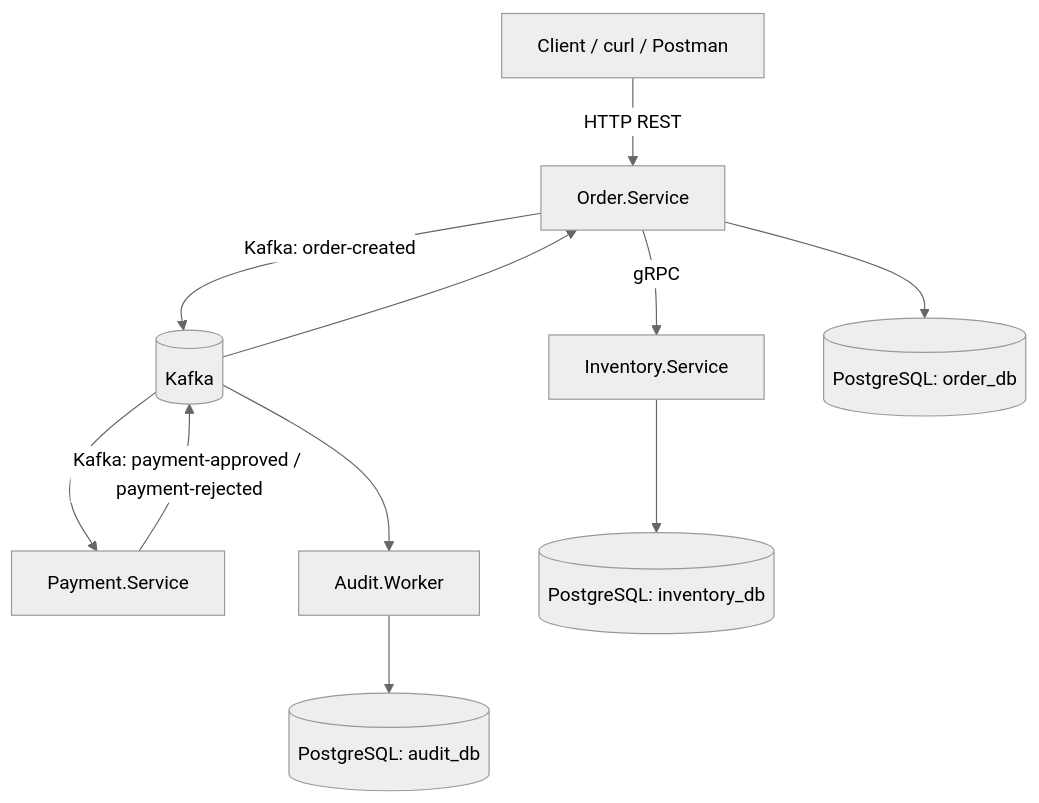
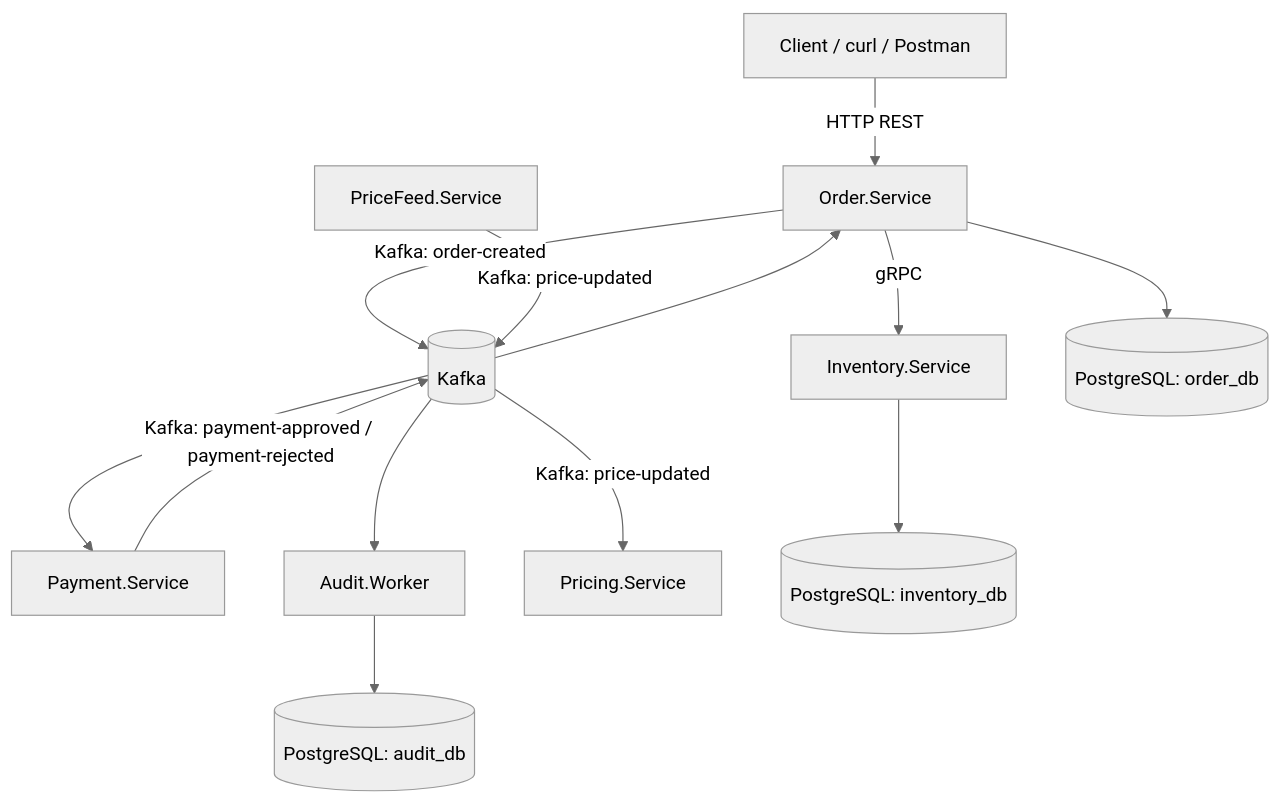
One commit to DiegoRLDev/microservices-lab changed the diagram in README.md. Above: the diagram before and after it, drawn with Mermaid (neutral theme). The commit also changed other lines of this file and 23 other files, not shown here.

Commit message:
feat: add Kafka-backed pricing state | adiciona estado de preços alimentado por Kafka

````diff
--- a/README.md
+++ b/README.md
@@ -11,16 +11,18 @@
 ```mermaid
 flowchart TD
     Client[Client / curl / Postman]
 
     Client -->|HTTP REST| Order[Order.Service]
     Order -->|gRPC| Inventory[Inventory.Service]
     Order -->|Kafka: order-created| Kafka[(Kafka)]
     Kafka --> Payment[Payment.Service]
     Payment -->|Kafka: payment-approved / payment-rejected| Kafka
     Kafka --> Order
     Kafka --> Audit[Audit.Worker]
+    Kafka -->|Kafka: price-updated| Pricing[Pricing.Service]
+    PriceFeed[PriceFeed.Service] -->|Kafka: price-updated| Kafka
 
     Order --> OrderDb[(PostgreSQL: order_db)]
     Inventory --> InventoryDb[(PostgreSQL: inventory_db)]
     Audit --> AuditDb[(PostgreSQL: audit_db)]
 ```
````
